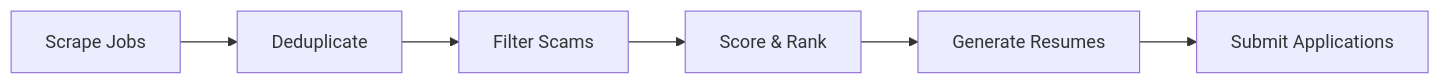
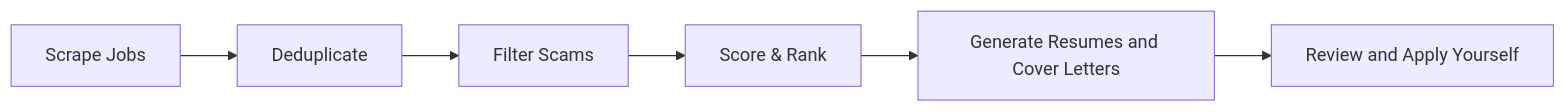
One commit to neoncircuit/job-raider changed the diagram in README.md. Above: the diagram before and after it, drawn with Mermaid. The commit also changed other lines of this file and 2 other files, not shown here.

````diff
--- a/README.md
+++ b/README.md
@@ -30,8 +28,8 @@
 ```mermaid
 graph LR
     A[Scrape Jobs] --> B[Deduplicate]
     B --> C[Filter Scams]
     C --> D[Score & Rank]
-    D --> E[Generate Resumes]
-    E --> F[Submit Applications]
+    D --> E[Generate Resumes and Cover Letters]
+    E --> F[Review and Apply Yourself]
 ```
````
